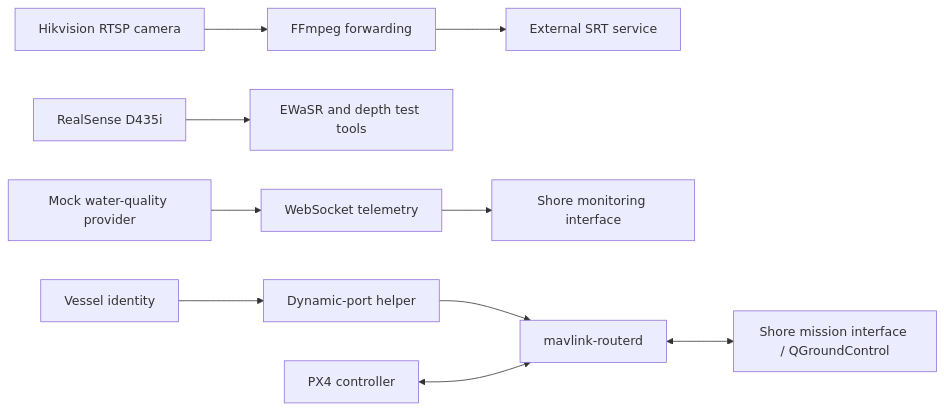
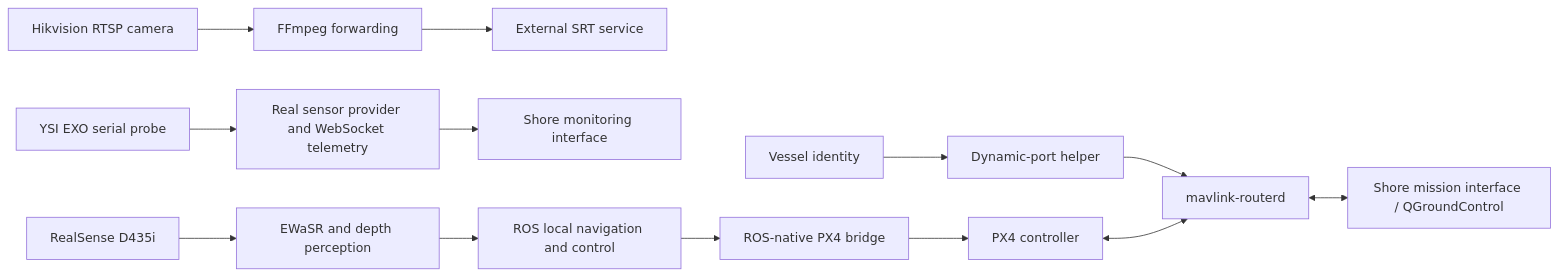
Before and after one commit to dddddddddl/smartboat-ros2-edge-control: the diagram in docs/architecture.md, drawn with Mermaid. The commit also changed other lines of this file and 19 other files, not shown here.

Commit message:
Update EXO and ROS bridge navigation control completion status

````diff
--- a/docs/architecture.md
+++ b/docs/architecture.md
@@ -7,12 +7,15 @@
 ```mermaid
 flowchart LR
     H[Hikvision RTSP camera] --> F[FFmpeg forwarding]
     F --> S[External SRT service]
-    D[RealSense D435i] --> P[EWaSR and depth test tools]
-    Q[Mock water-quality provider] --> W[WebSocket telemetry]
+    Q[YSI EXO serial probe] --> W[Real sensor provider and WebSocket telemetry]
     W --> U[Shore monitoring interface]
+    D[RealSense D435i] --> P[EWaSR and depth perception]
+    P --> N[ROS local navigation and control]
+    N --> B[ROS-native PX4 bridge]
+    B --> X[PX4 controller]
     I[Vessel identity] --> A[Dynamic-port helper]
     A --> R[mavlink-routerd]
-    X[PX4 controller] <--> R
+    X <--> R
     R <--> G[Shore mission interface / QGroundControl]
 ```
````
